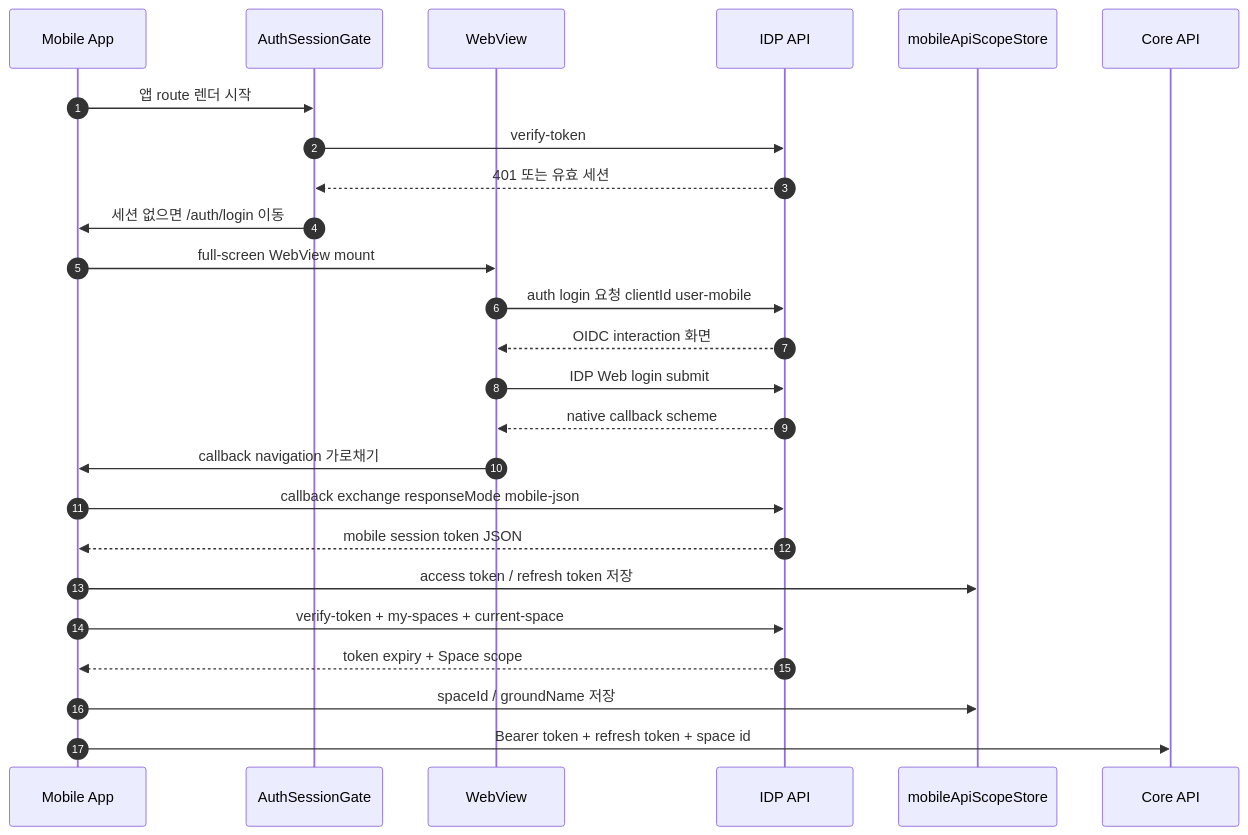
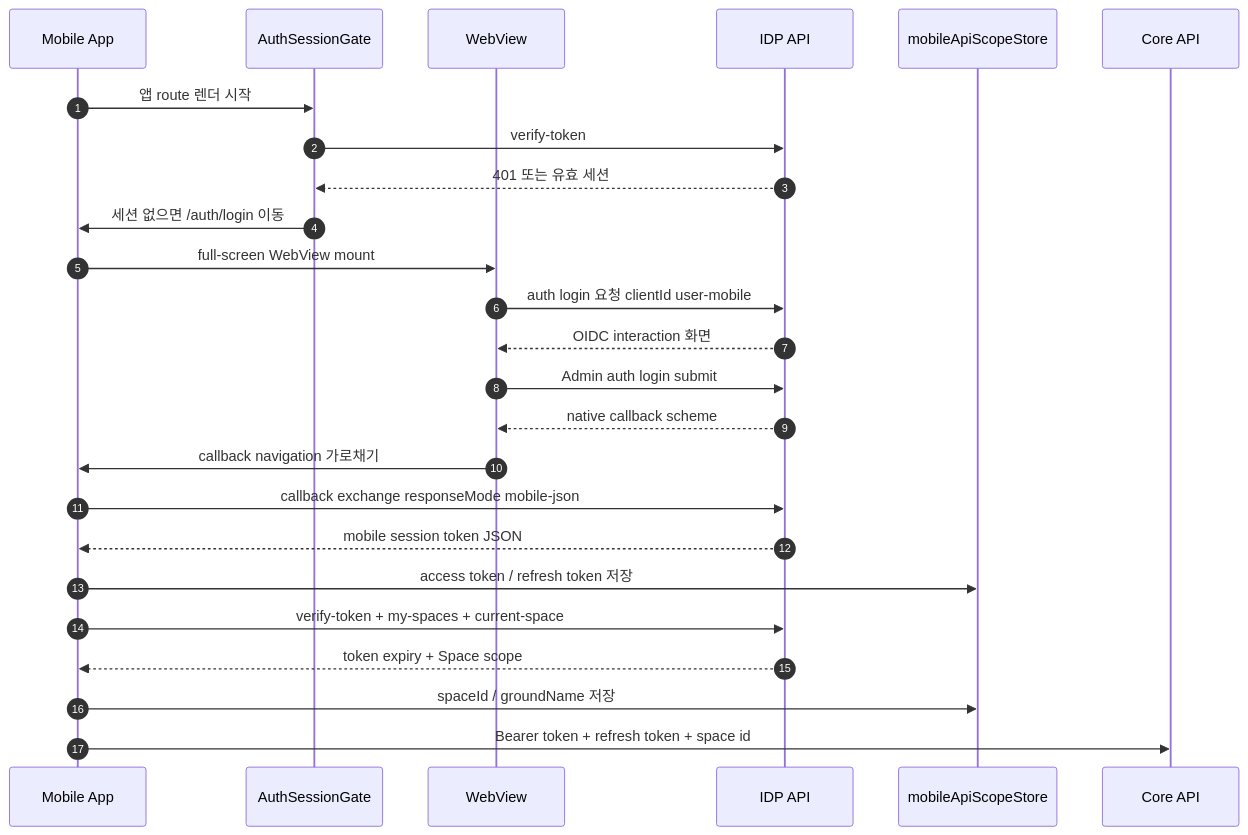
The second of 4 diagrams in docs/mobile-oidc-flow.guide.md (kimjoongwon/prj-core), drawn with Mermaid before and after one commit. The commit also changed other lines of this file and 1483 other files, not shown here.

````diff
--- a/docs/mobile-oidc-flow.guide.md
+++ b/docs/mobile-oidc-flow.guide.md
@@ -97,28 +97,28 @@
 ```mermaid
 sequenceDiagram
   autonumber
   participant App as Mobile App
   participant Gate as AuthSessionGate
   participant WV as WebView
   participant IDP as IDP API
   participant Scope as mobileApiScopeStore
   participant Core as Core API
 
   App->>Gate: 앱 route 렌더 시작
   Gate->>IDP: verify-token
   IDP-->>Gate: 401 또는 유효 세션
   Gate->>App: 세션 없으면 /auth/login 이동
   App->>WV: full-screen WebView mount
   WV->>IDP: auth login 요청 clientId user-mobile
   IDP-->>WV: OIDC interaction 화면
-  WV->>IDP: IDP Web login submit
+  WV->>IDP: Admin auth login submit
   IDP-->>WV: native callback scheme
   WV->>App: callback navigation 가로채기
   App->>IDP: callback exchange responseMode mobile-json
   IDP-->>App: mobile session token JSON
   App->>Scope: access token / refresh token 저장
   App->>IDP: verify-token + my-spaces + current-space
   IDP-->>App: token expiry + Space scope
   App->>Scope: spaceId / groundName 저장
   App->>Core: Bearer token + refresh token + space id
 ```
````
